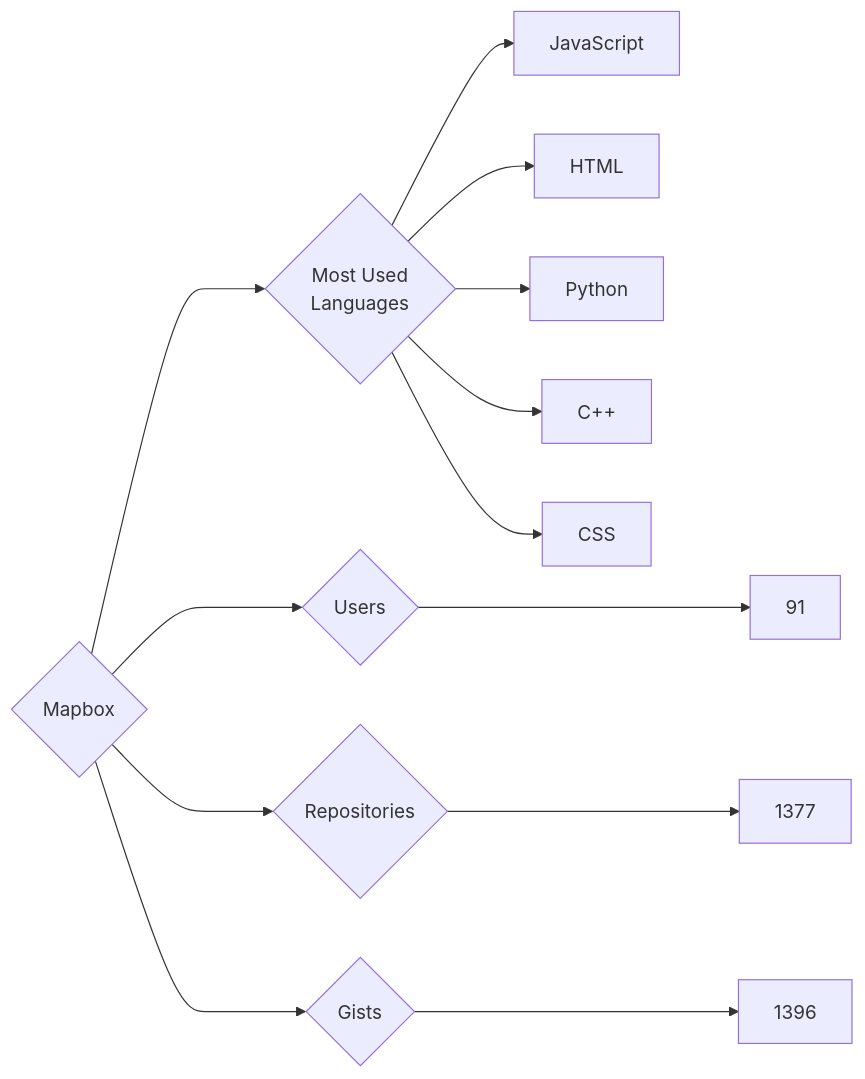
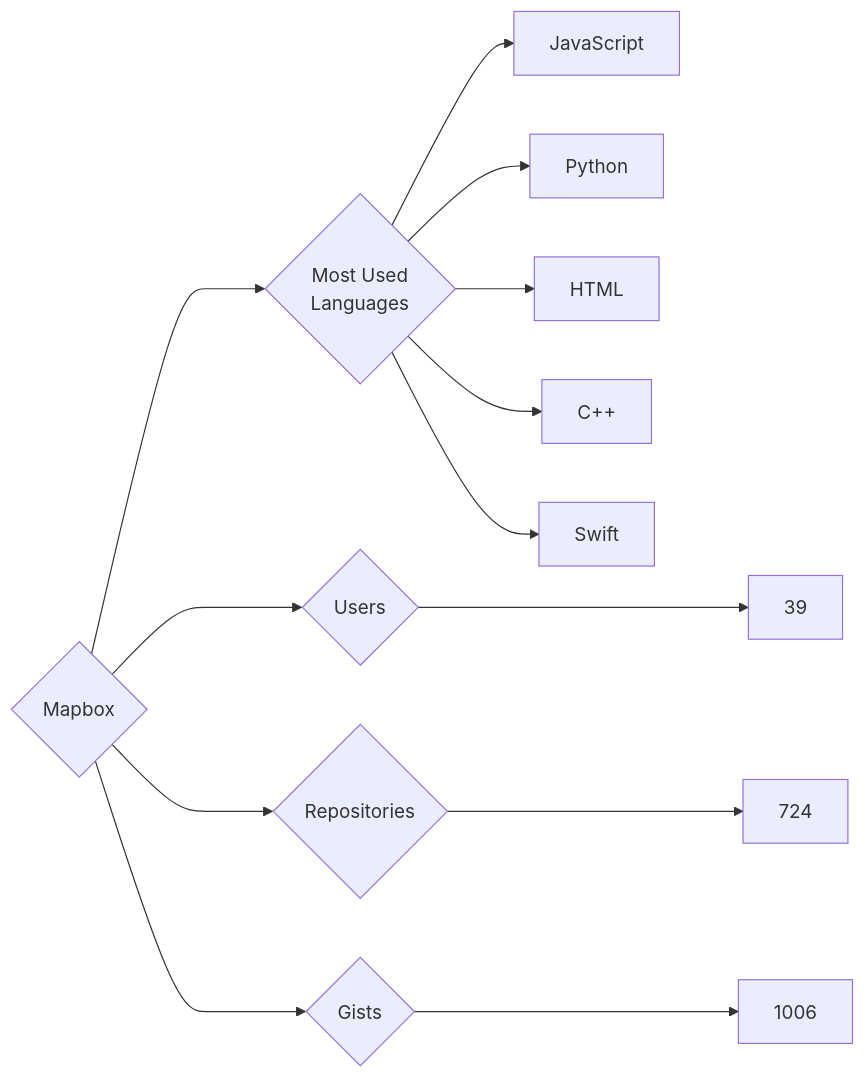
Before and after one commit to trickest/insiders: the diagram in targets/Mapbox/README.md, drawn with Mermaid. The commit also changed 681 other files, not shown here.

````diff
--- a/targets/Mapbox/README.md
+++ b/targets/Mapbox/README.md
@@ -3,13 +3,13 @@
 ```mermaid
 graph LR
 COMPANY_NAME{Mapbox}
-COMPANY_NAME ---> U{Users} ---> UN[91]
-COMPANY_NAME ---> R{Repositories} ---> RN[1377]
-COMPANY_NAME ---> G{Gists} ---> GN[1396]
+COMPANY_NAME ---> U{Users} ---> UN[39]
+COMPANY_NAME ---> R{Repositories} ---> RN[724]
+COMPANY_NAME ---> G{Gists} ---> GN[1006]
 COMPANY_NAME ---> ML{Most Used<br>Languages}
 ML --> JavaScript[JavaScript]
+ML --> Python[Python]
 ML --> HTML[HTML]
-ML --> Python[Python]
 ML --> C++[C++]
-ML --> CSS[CSS]
+ML --> Swift[Swift]
 ```
````
